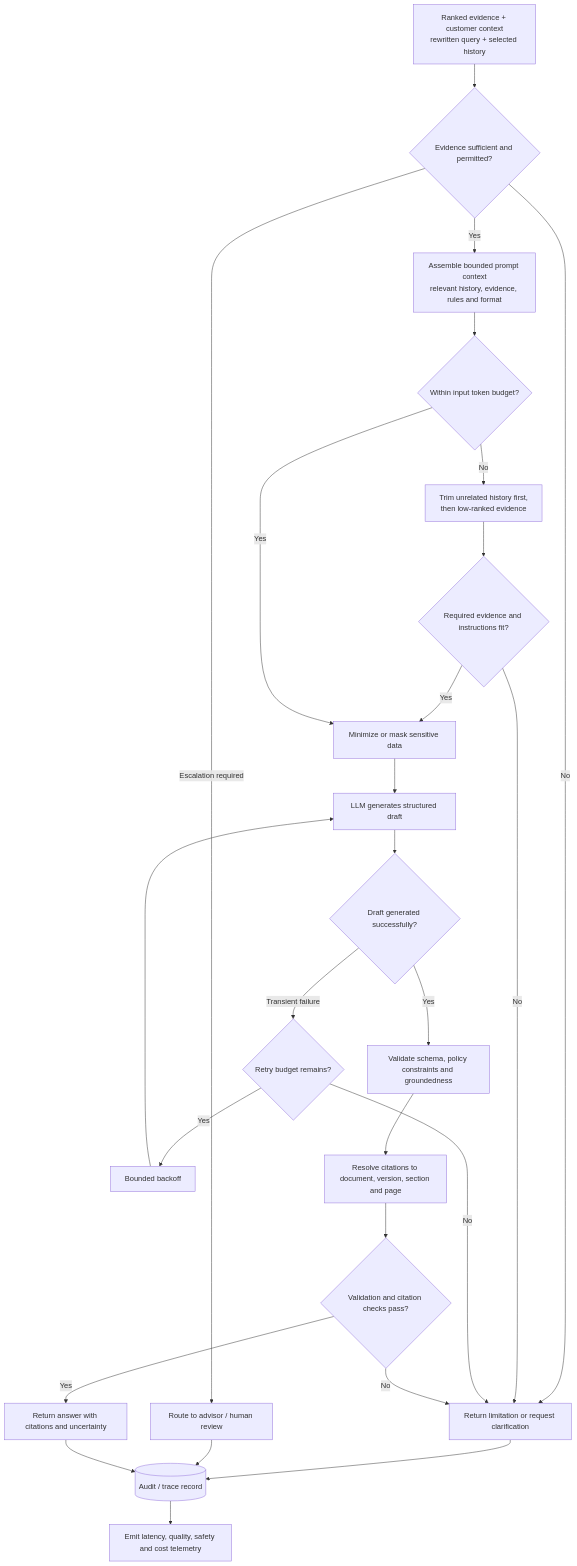
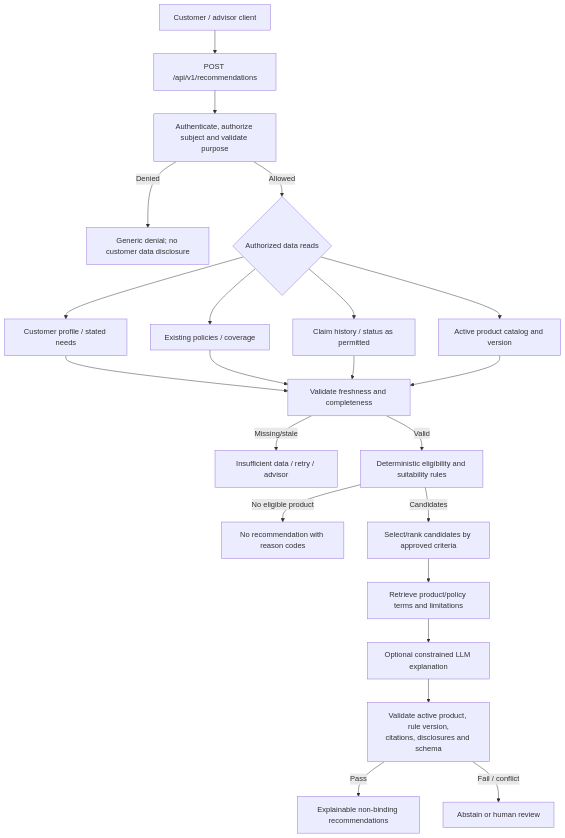
One commit to mithileshbhumca/InsuranceGenAI changed the sixth of 7 diagrams in rag-architecture.md. Above: the diagram before and after it, drawn with Mermaid. The commit also changed other lines of this file and 1 other file, not shown here.

Commit message:
RAg optimized

````diff
--- a/rag-architecture.md
+++ b/rag-architecture.md
@@ -543,28 +483,24 @@
 ```mermaid
 flowchart TD
-    START[Ranked evidence + customer context<br/>rewritten query + selected history] --> CHECK{Evidence sufficient and permitted?}
-    CHECK -- No --> SAFE[Return limitation or request clarification]
-    CHECK -- Escalation required --> HUMAN[Route to advisor / human review]
-    CHECK -- Yes --> ASSEMBLE[Assemble bounded prompt context<br/>relevant history, evidence, rules and format]
-    ASSEMBLE --> BUDGET{Within input token budget?}
-    BUDGET -- No --> TRIM[Trim unrelated history first,<br/>then low-ranked evidence]
-    TRIM --> FIT{Required evidence and instructions fit?}
-    FIT -- Yes --> REDACT
-    FIT -- No --> SAFE
-    BUDGET -- Yes --> REDACT[Minimize or mask sensitive data]
-    REDACT --> MODEL[LLM generates structured draft]
-    MODEL --> GENERATED{Draft generated successfully?}
-    GENERATED -- Yes --> VALIDATE[Validate schema, policy constraints and groundedness]
-    GENERATED -- Transient failure --> RETRY{Retry budget remains?}
-    RETRY -- Yes --> BACKOFF[Bounded backoff]
-    BACKOFF --> MODEL
-    RETRY -- No --> SAFE
-    VALIDATE --> CITATION[Resolve citations to document, version, section and page]
-    CITATION --> PASS{Validation and citation checks pass?}
-    PASS -- No --> SAFE
-    PASS -- Yes --> FINAL[Return answer with citations and uncertainty]
-    SAFE --> AUDIT[(Audit / trace record)]
-    HUMAN --> AUDIT
-    FINAL --> AUDIT
-    AUDIT --> METRICS[Emit latency, quality, safety and cost telemetry]
+    CLIENT[Customer / advisor client] --> ENDPOINT[POST /api/v1/recommendations]
+    ENDPOINT --> AUTH[Authenticate, authorize subject and validate purpose]
+    AUTH -->|Denied| DENY[Generic denial; no customer data disclosure]
+    AUTH -->|Allowed| FANOUT{Authorized data reads}
+    FANOUT --> PROFILE[Customer profile / stated needs]
+    FANOUT --> POLICIES[Existing policies / coverage]
+    FANOUT --> CLAIMS[Claim history / status as permitted]
+    FANOUT --> CATALOG[Active product catalog and version]
+    PROFILE --> JOIN[Validate freshness and completeness]
+    POLICIES --> JOIN
+    CLAIMS --> JOIN
+    CATALOG --> JOIN
+    JOIN -->|Missing/stale| INSUFFICIENT[Insufficient data / retry / advisor]
+    JOIN -->|Valid| RULES[Deterministic eligibility and suitability rules]
+    RULES -->|No eligible product| NONE[No recommendation with reason codes]
+    RULES -->|Candidates| FILTER[Select/rank candidates by approved criteria]
+    FILTER --> RAG[Retrieve product/policy terms and limitations]
+    RAG --> EXPLAIN[Optional constrained LLM explanation]
+    EXPLAIN --> CHECK[Validate active product, rule version,<br/>citations, disclosures and schema]
+    CHECK -->|Pass| RESULT[Explainable non-binding recommendations]
+    CHECK -->|Fail / conflict| REVIEW[Abstain or human review]
 ```
````
